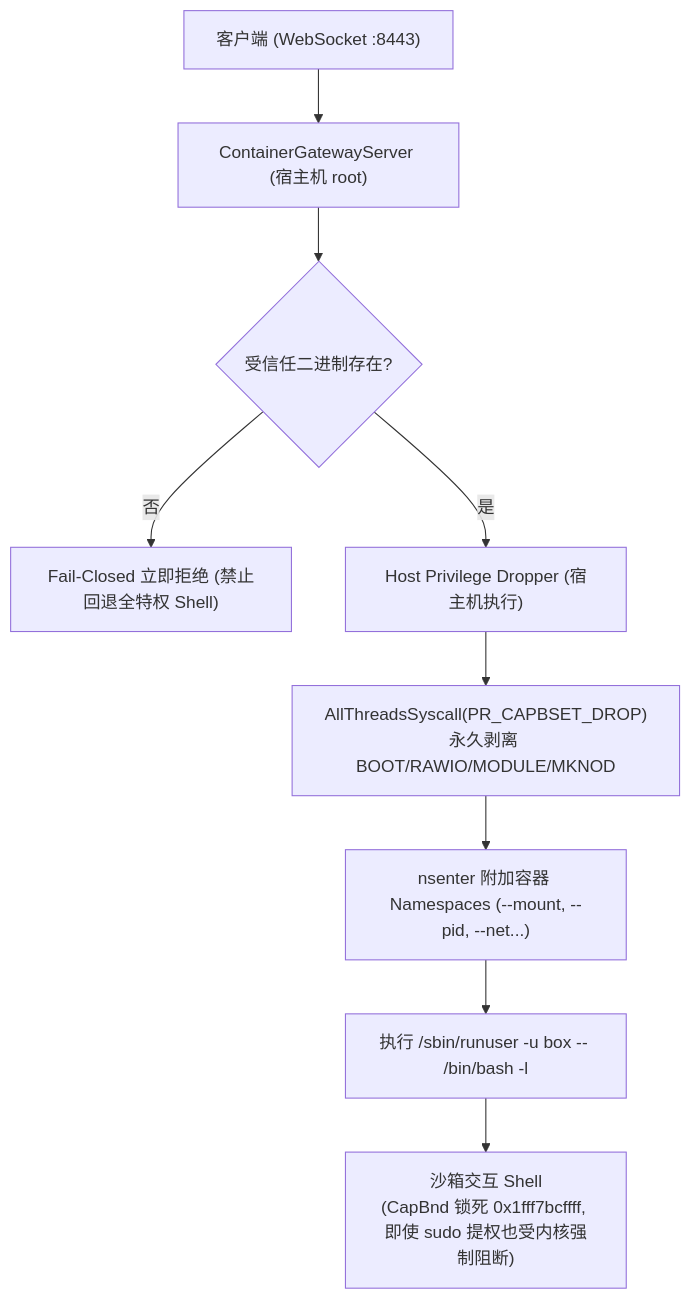
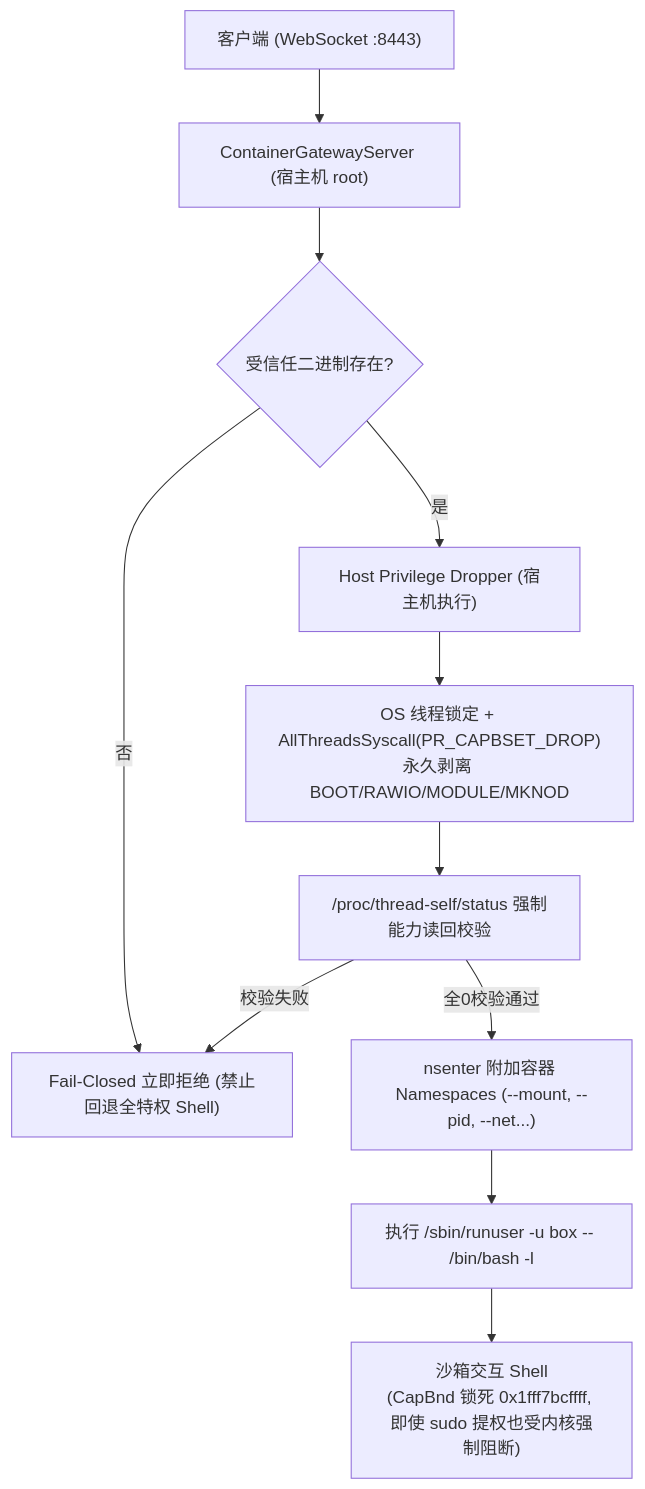
The diagram in ARCHITECTURE.md (10010100111000/attackbox), drawn with Mermaid before and after one commit. The commit also changed other lines of this file and 18 other files, not shown here.

````diff
--- a/ARCHITECTURE.md
+++ b/ARCHITECTURE.md
@@ -176,11 +182,13 @@
 ```mermaid
 flowchart TD
     Client["客户端 (WebSocket :8443)"] --> Gateway["ContainerGatewayServer (宿主机 root)"]
     Gateway --> Check{"受信任二进制存在?"}
     Check -- "否" --> Deny["Fail-Closed 立即拒绝 (禁止回退全特权 Shell)"]
     Check -- "是" --> Dropper["Host Privilege Dropper (宿主机执行)"]
-    Dropper --> CapDrop["AllThreadsSyscall(PR_CAPBSET_DROP)<br/>永久剥离 BOOT/RAWIO/MODULE/MKNOD"]
-    CapDrop --> Enter["nsenter 附加容器 Namespaces (--mount, --pid, --net...)"]
+    Dropper --> CapDrop["OS 线程锁定 + AllThreadsSyscall(PR_CAPBSET_DROP)<br/>永久剥离 BOOT/RAWIO/MODULE/MKNOD"]
+    CapDrop --> Verify["/proc/thread-self/status 强制能力读回校验"]
+    Verify -- "校验失败" --> Deny
+    Verify -- "全0校验通过" --> Enter["nsenter 附加容器 Namespaces (--mount, --pid, --net...)"]
     Enter --> BoxShell["执行 /sbin/runuser -u box -- /bin/bash -l"]
     BoxShell --> Jail["沙箱交互 Shell<br/>(CapBnd 锁死 0x1fff7bcffff, 即使 sudo 提权也受内核强制阻断)"]
 ```
````
